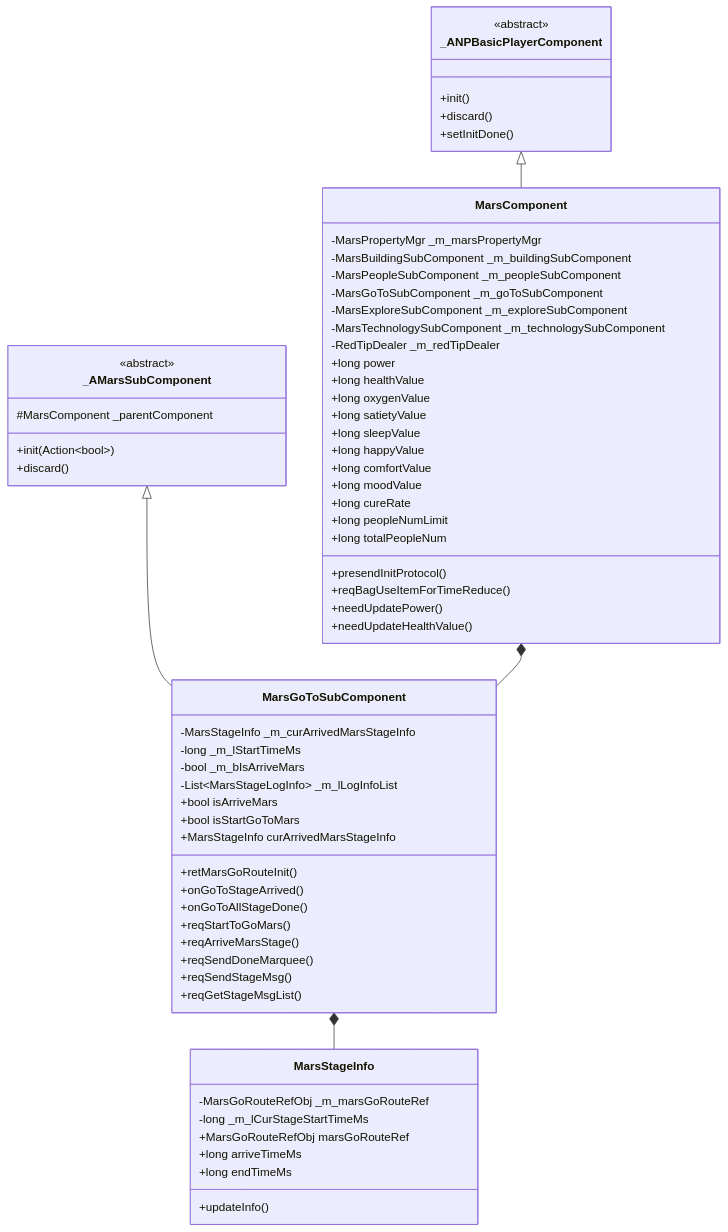
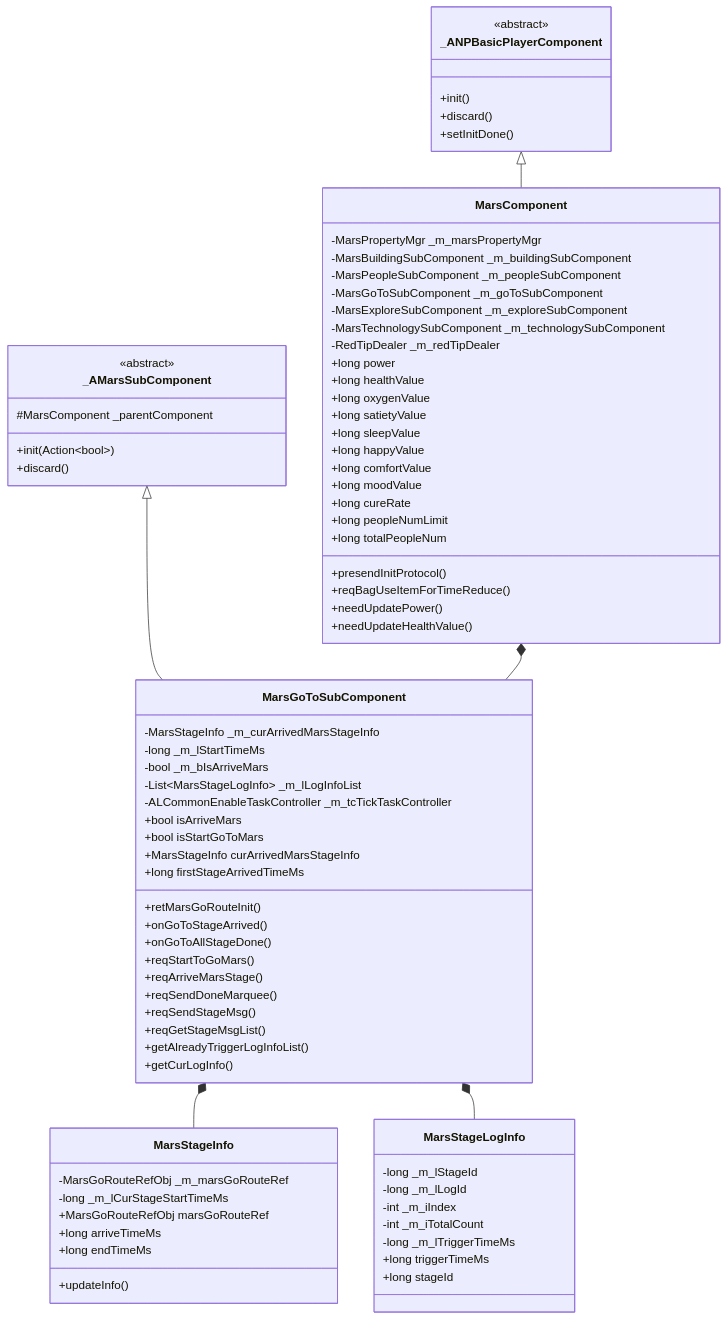
Before and after one commit to Alan-Ben/k2c_game_framework: the first of 6 diagrams in docs/Module_Mars/03_客户端开发.md, drawn with Mermaid. The commit also changed other lines of this file and 6 other files, not shown here.

````diff
--- a/docs/Module_Mars/03_客户端开发.md
+++ b/docs/Module_Mars/03_客户端开发.md
@@ -56,9 +56,11 @@
         -long _m_lStartTimeMs
         -bool _m_bIsArriveMars
         -List~MarsStageLogInfo~ _m_lLogInfoList
+        -ALCommonEnableTaskController _m_tcTickTaskController
         +bool isArriveMars
         +bool isStartGoToMars
         +MarsStageInfo curArrivedMarsStageInfo
+        +long firstStageArrivedTimeMs
         +retMarsGoRouteInit()
         +onGoToStageArrived()
         +onGoToAllStageDone()
@@ -67,6 +69,8 @@
         +reqSendDoneMarquee()
         +reqSendStageMsg()
         +reqGetStageMsgList()
+        +getAlreadyTriggerLogInfoList()
+        +getCurLogInfo()
     }
 
     class MarsStageInfo {
@@ -78,8 +82,19 @@
         +updateInfo()
     }
 
+    class MarsStageLogInfo {
+        -long _m_lStageId
+        -long _m_lLogId
+        -int _m_iIndex
+        -int _m_iTotalCount
+        -long _m_lTriggerTimeMs
+        +long triggerTimeMs
+        +long stageId
+    }
+
     _ANPBasicPlayerComponent <|-- MarsComponent
     _AMarsSubComponent <|-- MarsGoToSubComponent
     MarsComponent *-- MarsGoToSubComponent
     MarsGoToSubComponent *-- MarsStageInfo
+    MarsGoToSubComponent *-- MarsStageLogInfo
 ```
````
